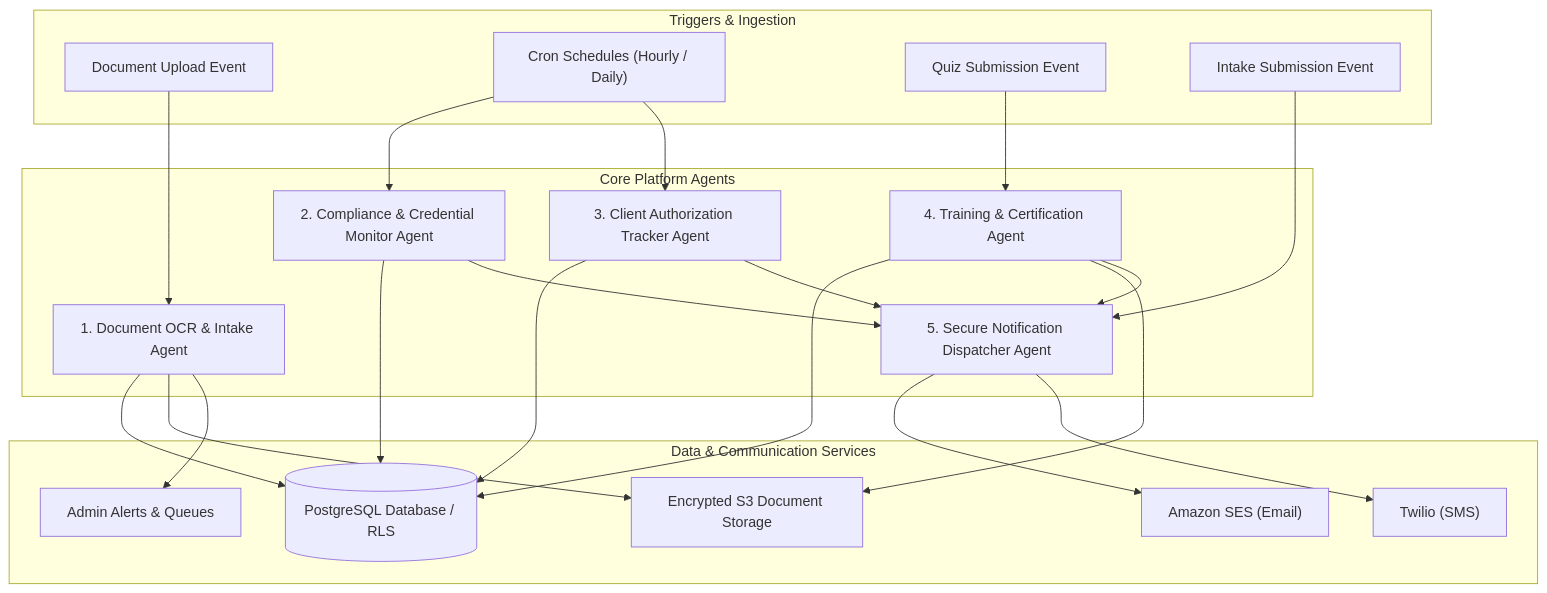
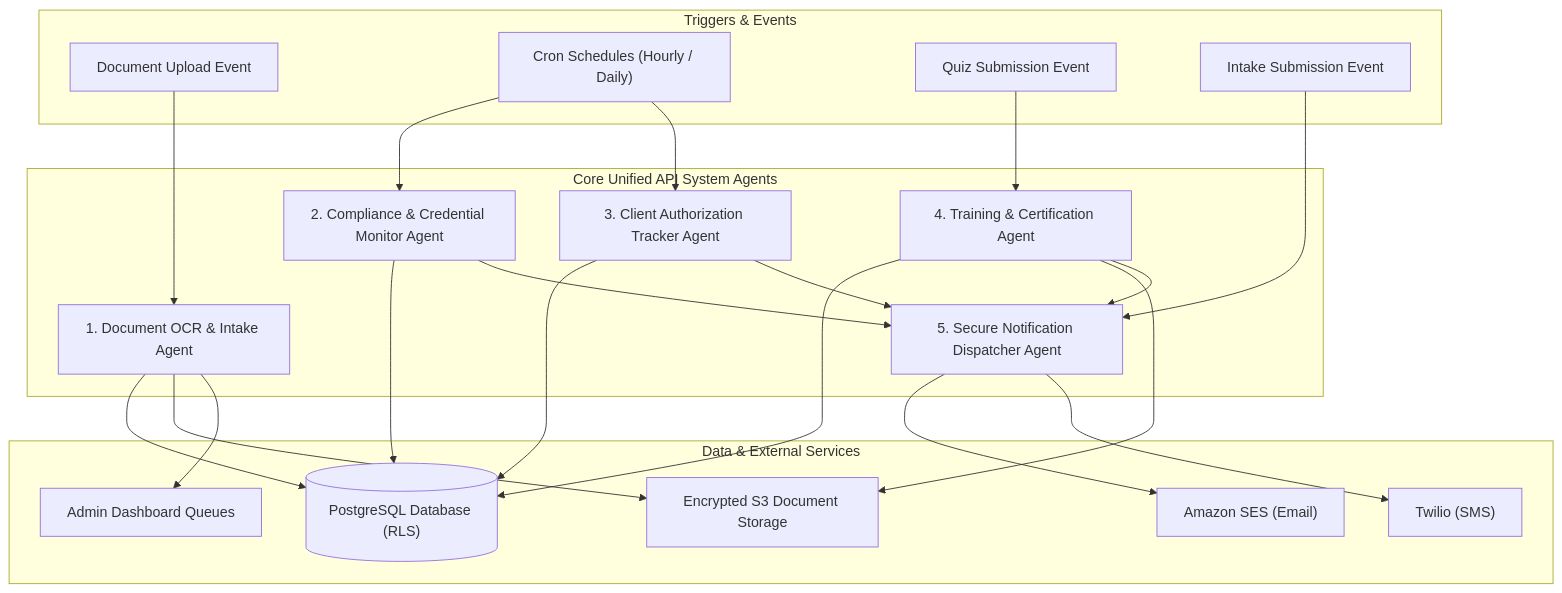
Before and after one commit to jico19/Crystal: the first of 3 diagrams in docs/agents.md, drawn with Mermaid. The commit also changed other lines of this file and 90 other files, not shown here.

````diff
--- a/docs/agents.md
+++ b/docs/agents.md
@@ -7,47 +7,47 @@
 ```mermaid
 graph TD
-    subgraph TriggerLayer["Triggers & Ingestion"]
+    subgraph TriggerLayer["Triggers & Events"]
         UploadEvent["Document Upload Event"]
         CronSchedule["Cron Schedules (Hourly / Daily)"]
         QuizComplete["Quiz Submission Event"]
         IntakeForm["Intake Submission Event"]
     end
 
-    subgraph OperationalAgents["Core Platform Agents"]
+    subgraph OperationalAgents["Core Unified API System Agents"]
         OCRAgent["1. Document OCR & Intake Agent"]
         ComplianceAgent["2. Compliance & Credential Monitor Agent"]
         AuthAgent["3. Client Authorization Tracker Agent"]
         TrainingAgent["4. Training & Certification Agent"]
         NotificationAgent["5. Secure Notification Dispatcher Agent"]
     end
 
-    subgraph DataAndOutput["Data & Communication Services"]
-        DB[("PostgreSQL Database / RLS")]
+    subgraph DataAndOutput["Data & External Services"]
+        DB[("PostgreSQL Database (RLS)")]
         S3Bucket["Encrypted S3 Document Storage"]
         SES["Amazon SES (Email)"]
         Twilio["Twilio (SMS)"]
-        AdminDashboard["Admin Alerts & Queues"]
+        AdminDashboard["Admin Dashboard Queues"]
     end
 
     UploadEvent --> OCRAgent
     OCRAgent --> DB
     OCRAgent --> S3Bucket
     OCRAgent --> AdminDashboard
 
     CronSchedule --> ComplianceAgent
     CronSchedule --> AuthAgent
     ComplianceAgent --> DB
     AuthAgent --> DB
     ComplianceAgent --> NotificationAgent
     AuthAgent --> NotificationAgent
 
     QuizComplete --> TrainingAgent
     TrainingAgent --> DB
     TrainingAgent --> S3Bucket
     TrainingAgent --> NotificationAgent
 
     IntakeForm --> NotificationAgent
 
     NotificationAgent --> SES
     NotificationAgent --> Twilio
 ```
````
